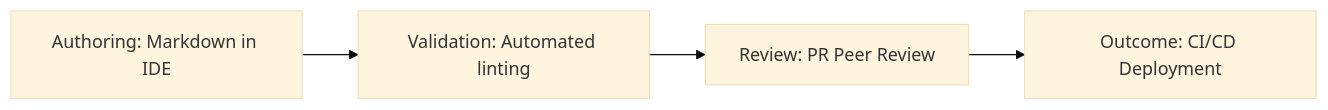
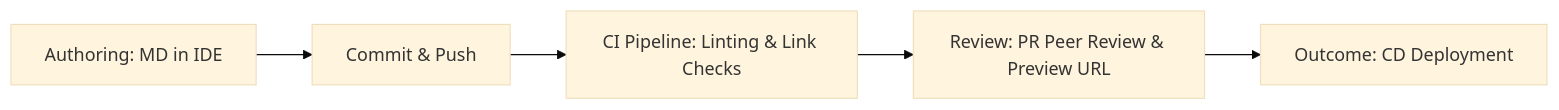
Before and after one commit to vaishvanara/techwritingkb: the diagram in docs/industry-terms/continuous-documentation.md, drawn with Mermaid (base theme). The commit also changed other lines of this file and 51 other files, not shown here.

````diff
--- a/docs/industry-terms/continuous-documentation.md
+++ b/docs/industry-terms/continuous-documentation.md
@@ -36,6 +36,7 @@
 ```mermaid
 graph LR
-    A[Authoring: Markdown in IDE] --> B[Validation: Automated linting]
-    B --> C[Review: PR Peer Review]
-    C --> D[Outcome: CI/CD Deployment]
+    A[Authoring: MD in IDE] --> B[Commit & Push]
+    B --> C[CI Pipeline: Linting & Link Checks]
+    C --> D[Review: PR Peer Review & Preview URL]
+    D --> E[Outcome: CD Deployment]
 ```
````
